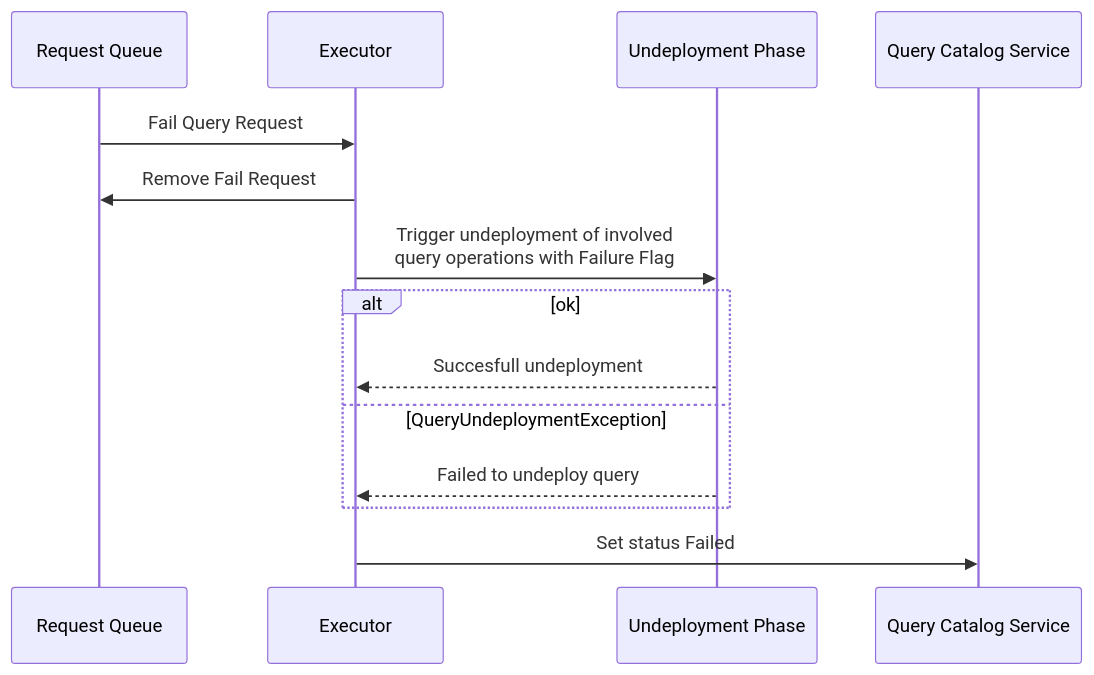
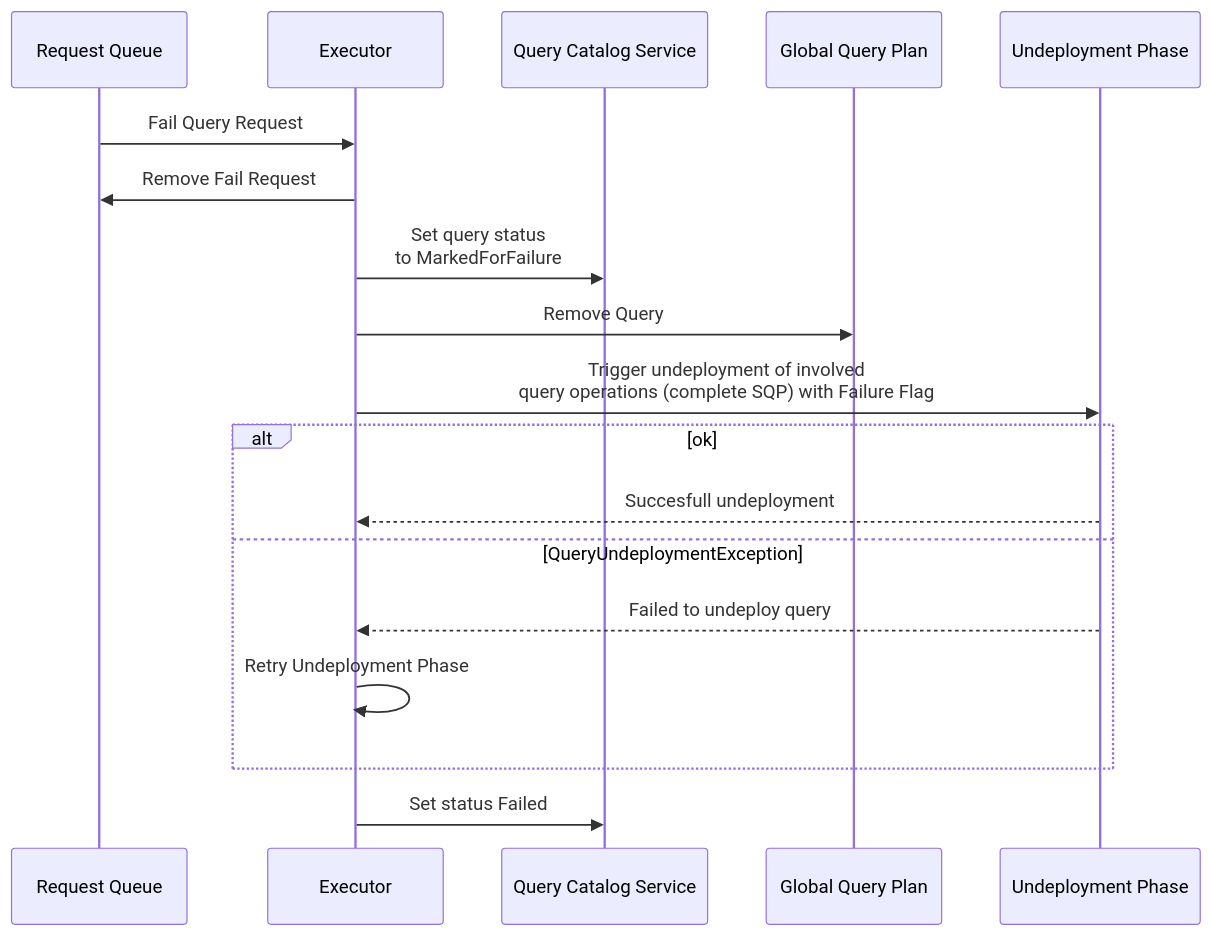
The second of 6 diagrams in nes-core/src/Services/GlobalQueryPlanRequests.md (nebulastream/nebulastream), drawn with Mermaid before and after one commit. The commit also changed other lines of this file, not shown here.

````diff
--- a/nes-core/src/Services/GlobalQueryPlanRequests.md
+++ b/nes-core/src/Services/GlobalQueryPlanRequests.md
@@ -46,13 +49,16 @@
 ```mermaid
 sequenceDiagram
 
     Request Queue ->> Executor: Fail Query Request
     Executor ->> Request Queue: Remove Fail Request
-    Executor ->> Undeployment Phase: Trigger undeployment of involved <br> query operations with Failure Flag
+    Executor ->> Query Catalog Service: Set query status <br> to MarkedForFailure
+    Executor ->> Global Query Plan: Remove Query
+    Executor ->> Undeployment Phase: Trigger undeployment of involved <br> query operations (complete SQP) with Failure Flag
     alt ok
         Undeployment Phase -->> Executor: Succesfull undeployment
     else QueryUndeploymentException
         Undeployment Phase -->> Executor: Failed to undeploy query
+        Executor ->> Executor: Retry Undeployment Phase
     end
     Executor ->> Query Catalog Service: Set status Failed
 ```
````
